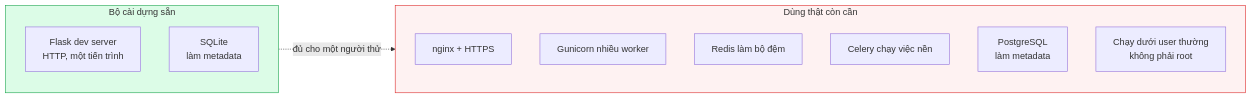
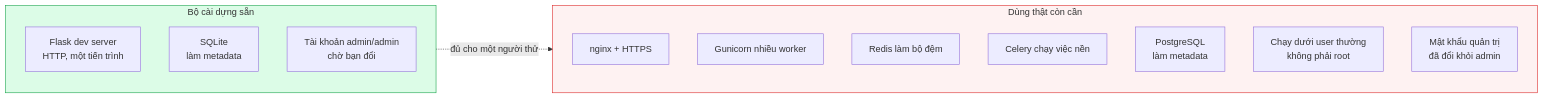
Before and after one commit to vuhoang001/analytix-docs: the diagram in docs/explanation/chua-san-sang-cho-production.md, drawn with Mermaid. The commit also changed other lines of this file and 71 other files, not shown here.

````diff
--- a/docs/explanation/chua-san-sang-cho-production.md
+++ b/docs/explanation/chua-san-sang-cho-production.md
@@ -36,18 +39,20 @@
 ```mermaid
 flowchart LR
     subgraph CO["Bộ cài dựng sẵn"]
         W["Flask dev server<br/>HTTP, một tiến trình"]
         M["SQLite<br/>làm metadata"]
+        AD["Tài khoản admin/admin<br/>chờ bạn đổi"]
     end
     subgraph THIEU["Dùng thật còn cần"]
         N["nginx + HTTPS"]
         G["Gunicorn nhiều worker"]
         C["Redis làm bộ đệm"]
         Q["Celery chạy việc nền"]
         P["PostgreSQL<br/>làm metadata"]
         U["Chạy dưới user thường<br/>không phải root"]
+        A["Mật khẩu quản trị<br/>đã đổi khỏi admin"]
     end
     CO -.->|"đủ cho một người thử"| THIEU
     style CO fill:#dcfce7,stroke:#16a34a
     style THIEU fill:#fef2f2,stroke:#dc2626
 ```
````
